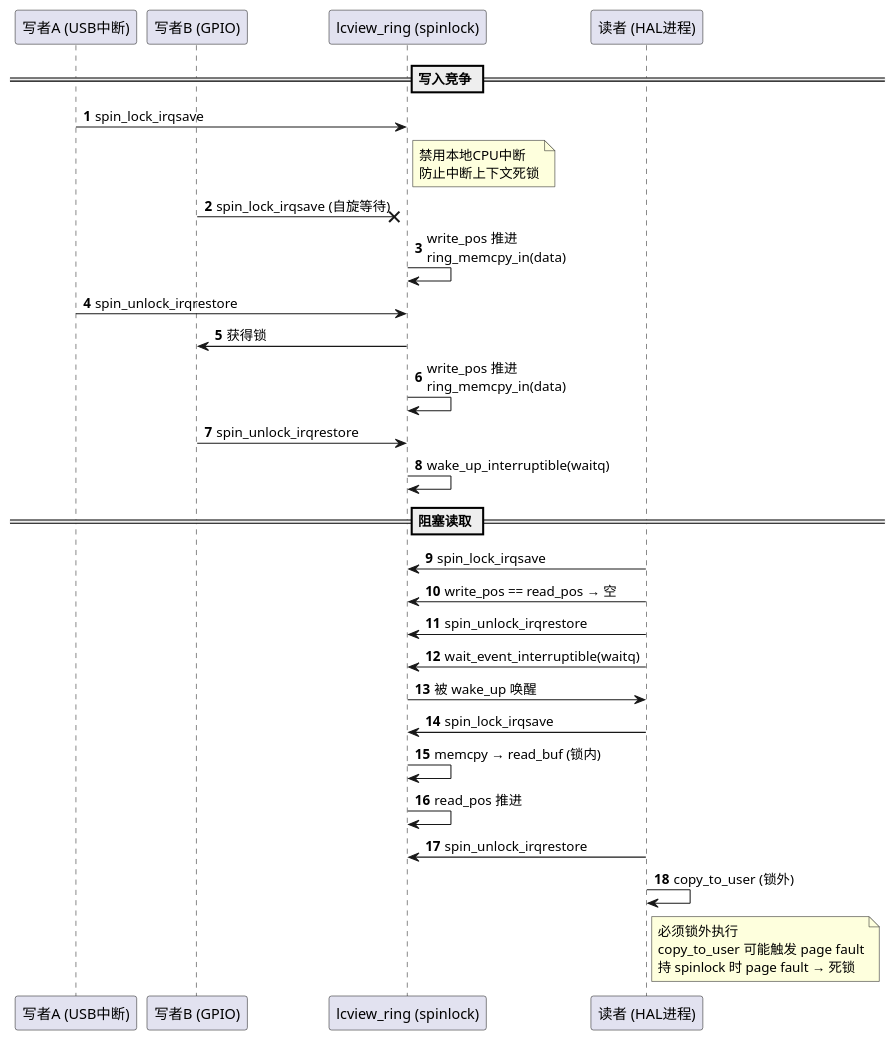
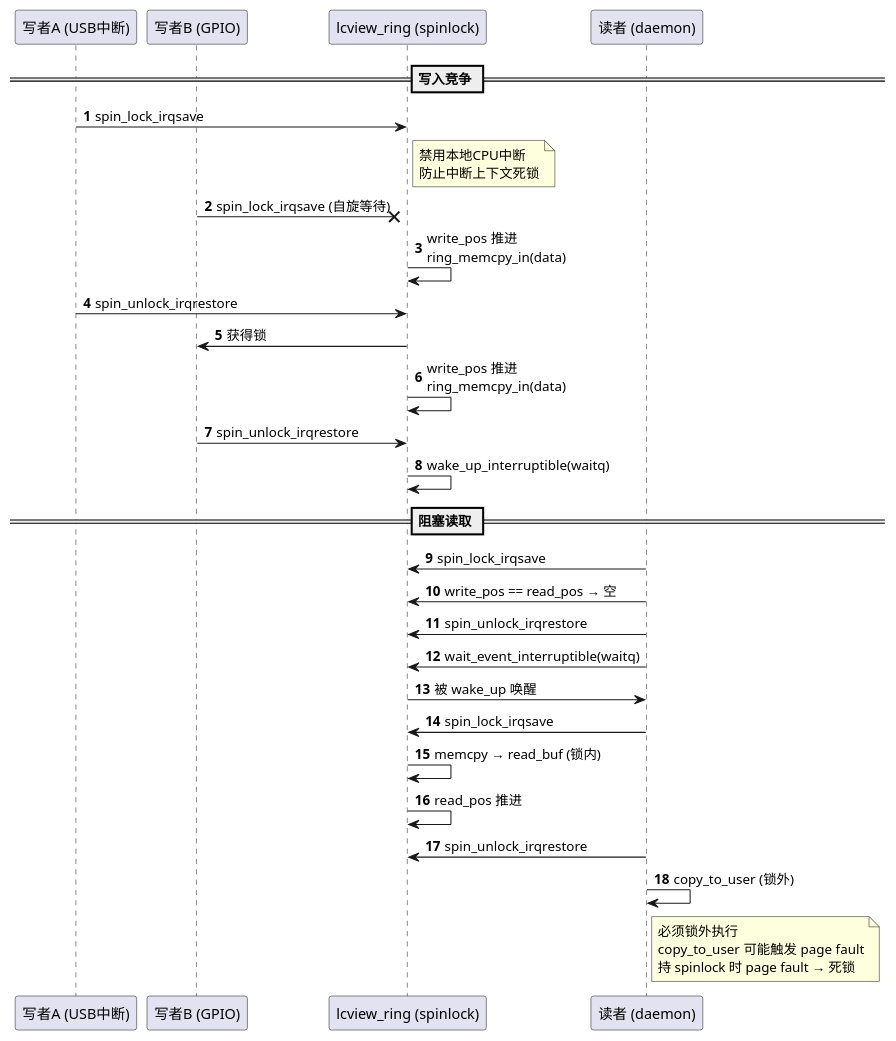
One commit to lechao365/AndroidSystemEnhance changed the seventh of 16 diagrams in docs/01-打点增强/01.01-内核态增强-lcview-kernel.md. Above: the diagram before and after it, drawn with PlantUML. The commit also changed other lines of this file and 199 other files, not shown here.

````diff
--- a/docs/01-打点增强/01.01-内核态增强-lcview-kernel.md
+++ b/docs/01-打点增强/01.01-内核态增强-lcview-kernel.md
@@ -209,41 +209,41 @@
 ```plantuml
 @startuml
 autonumber
 participant "写者A (USB中断)" as W1
 participant "写者B (GPIO)" as W2
 participant "lcview_ring (spinlock)" as R
-participant "读者 (HAL进程)" as RD
+participant "读者 (daemon)" as RD
 
 == 写入竞争 ==
 
 W1 -> R : spin_lock_irqsave
 note right of R: 禁用本地CPU中断\n防止中断上下文死锁
 
 W2 ->x R : spin_lock_irqsave (自旋等待)
 
 R -> R : write_pos 推进\nring_memcpy_in(data)
 
 W1 -> R : spin_unlock_irqrestore
 
 R -> W2 : 获得锁
 R -> R : write_pos 推进\nring_memcpy_in(data)
 W2 -> R : spin_unlock_irqrestore
 R -> R : wake_up_interruptible(waitq)
 
 == 阻塞读取 ==
 
 RD -> R : spin_lock_irqsave
 RD -> R : write_pos == read_pos → 空
 RD -> R : spin_unlock_irqrestore
 RD -> R : wait_event_interruptible(waitq)
 
 R -> RD : 被 wake_up 唤醒
 RD -> R : spin_lock_irqsave
 R -> R : memcpy → read_buf (锁内)
 R -> R : read_pos 推进
 RD -> R : spin_unlock_irqrestore
 
 RD -> RD : copy_to_user (锁外)
 note right of RD: 必须锁外执行\ncopy_to_user 可能触发 page fault\n持 spinlock 时 page fault → 死锁
 @enduml
 ```
````
